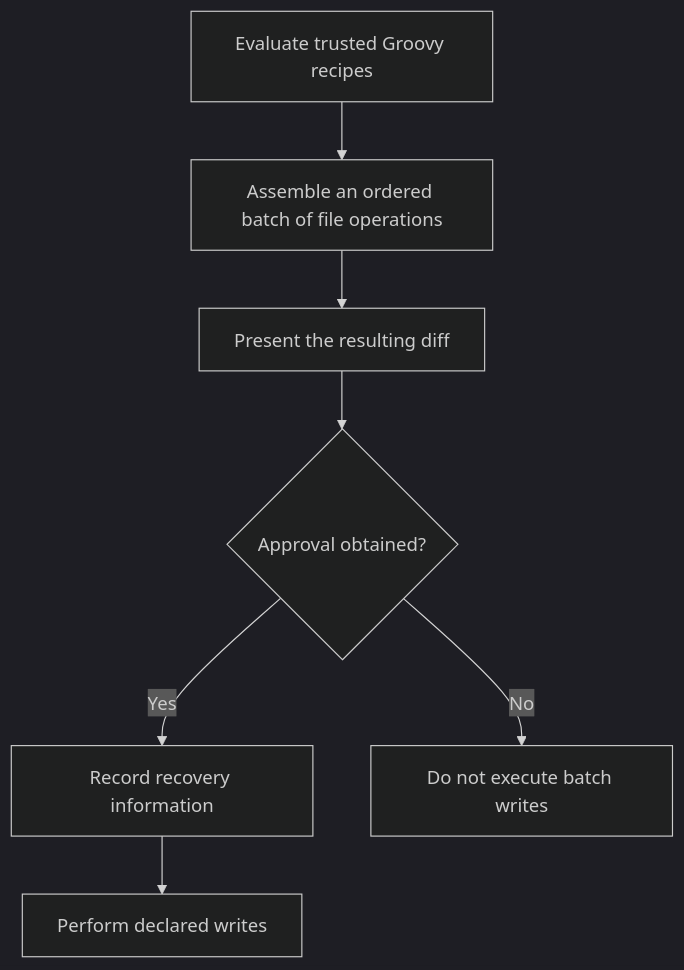
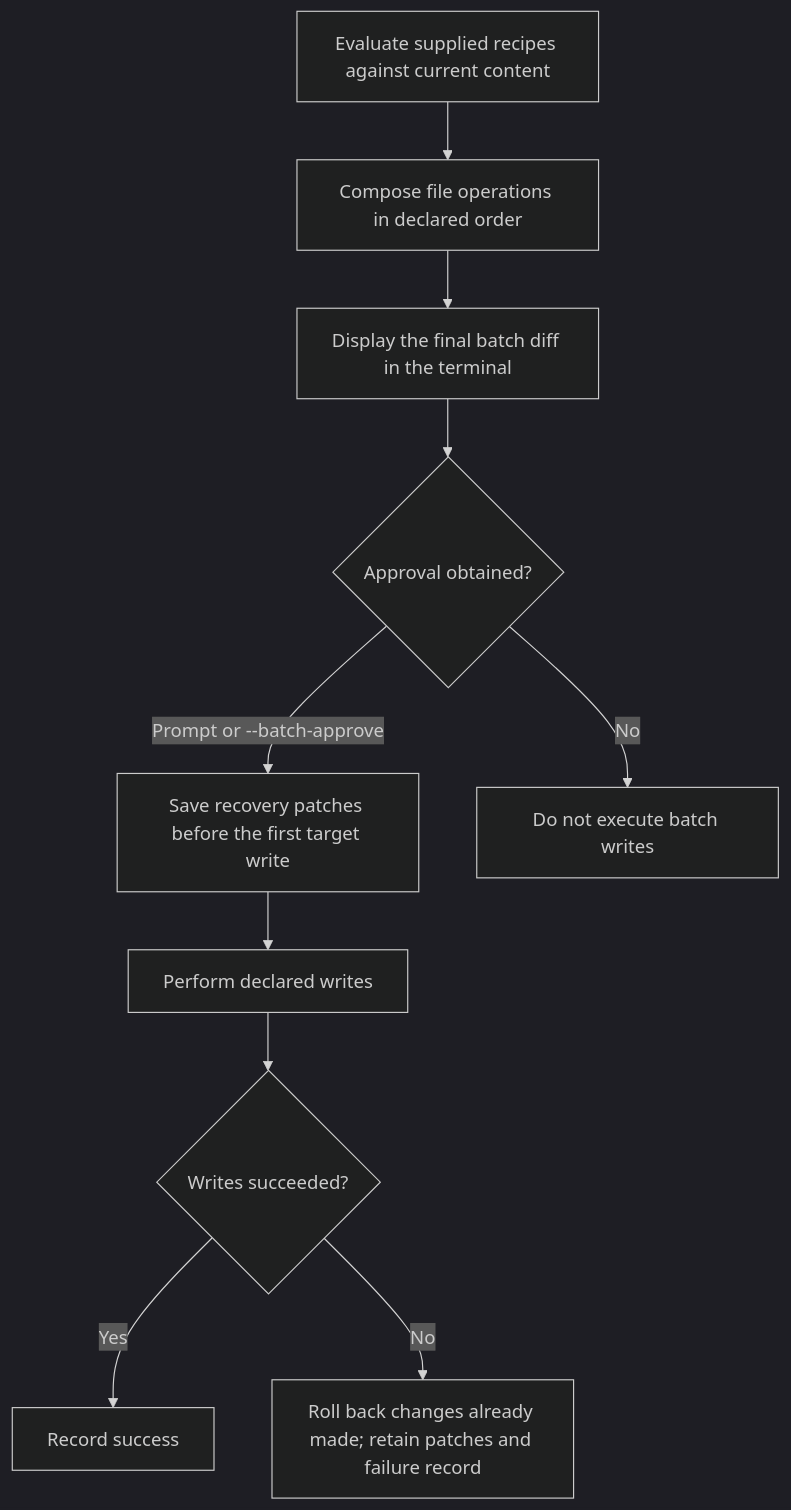
The second of 2 diagrams in docs/architecture.md (lmarqs/harness), drawn with Mermaid (dark theme) before and after one commit. The commit also changed other lines of this file and 1 other file, not shown here.

Commit message:
docs: US-002 Specify ordered file operations

````diff
--- a/docs/architecture.md
+++ b/docs/architecture.md
@@ -63,13 +67,18 @@
 ```mermaid
 flowchart TD
-    evaluate["Evaluate trusted Groovy recipes"]
-    batch["Assemble an ordered batch of file operations"]
-    diff["Present the resulting diff"]
+    evaluate["Evaluate supplied recipes against current content"]
+    batch["Compose file operations in declared order"]
+    diff["Display the final batch diff in the terminal"]
     approval{"Approval obtained?"}
-    recovery["Record recovery information"]
+    recovery["Save recovery patches before the first target write"]
     write["Perform declared writes"]
+    result{"Writes succeeded?"}
+    done["Record success"]
+    rollback["Roll back changes already made; retain patches and failure record"]
     stop["Do not execute batch writes"]
     evaluate --> batch --> diff --> approval
-    approval -->|"Yes"| recovery --> write
+    approval -->|"Prompt or --batch-approve"| recovery --> write --> result
     approval -->|"No"| stop
+    result -->|"Yes"| done
+    result -->|"No"| rollback
 ```
````
